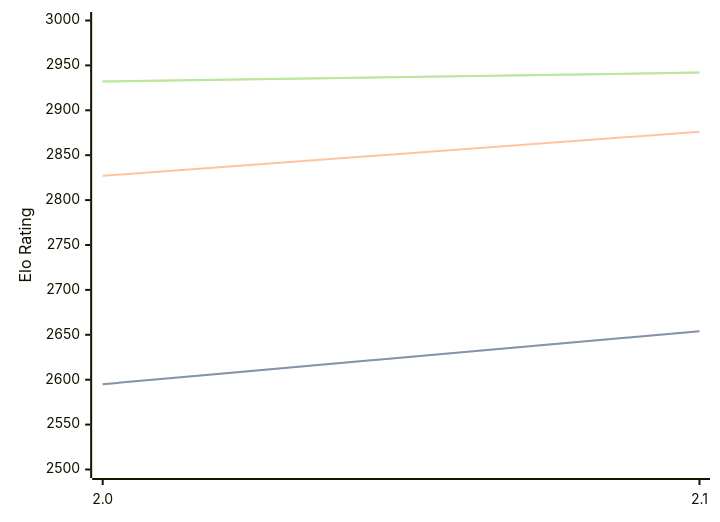
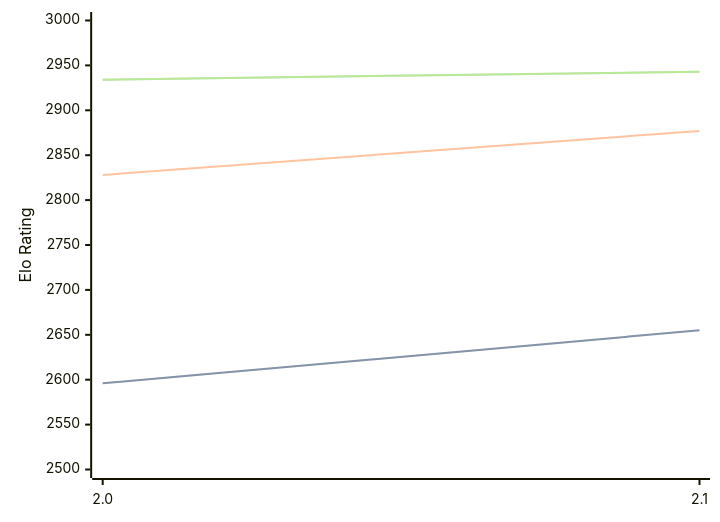
One commit to computer-chess-index/cci changed the diagram in engines/Noggin.md. Above: the diagram before and after it, drawn with Mermaid. The commit also changed other lines of this file, not shown here.

Commit message:
Update CCI Ratings (ELO VLTC) - 2026-08-26

````diff
--- a/engines/Noggin.md
+++ b/engines/Noggin.md
@@ -33,11 +33,11 @@
 ```mermaid
 %%{init: {"theme":"base","themeVariables":{"seriesColors:['#a3a3a3','#222221','#faa371']}}}%%
 xychart-beta
   x-axis ["2.0", "2.1"]
   y-axis "Elo Rating" 2500 --> 3000
-  line "STC (8.0+0.08s)" [2595, 2654]
-  line "STC (8.0+0.08s)" [2595, 2654]
-  line "LTC (60.0+0.60s)" [2827, 2876]
-  line "VLTC (2m24s+1.12s)" [2932, 2942]
-  line "VLTC (2m24s+1.12s)" [2932, 2942]
+  line "STC (8.0+0.08s)" [2596, 2655]
+  line "STC (8.0+0.08s)" [2596, 2655]
+  line "LTC (60.0+0.60s)" [2828, 2877]
+  line "VLTC (2m24s+1.12s)" [2934, 2943]
+  line "VLTC (2m24s+1.12s)" [2934, 2943]
 ```
````
